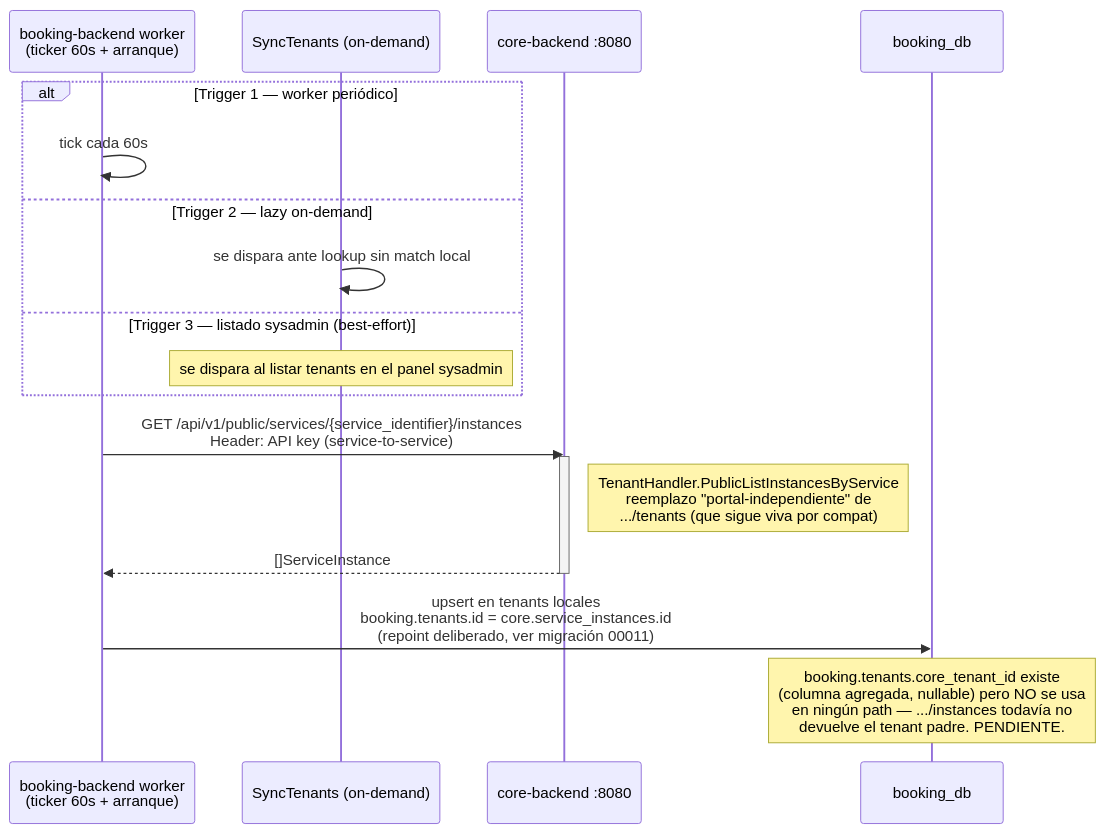
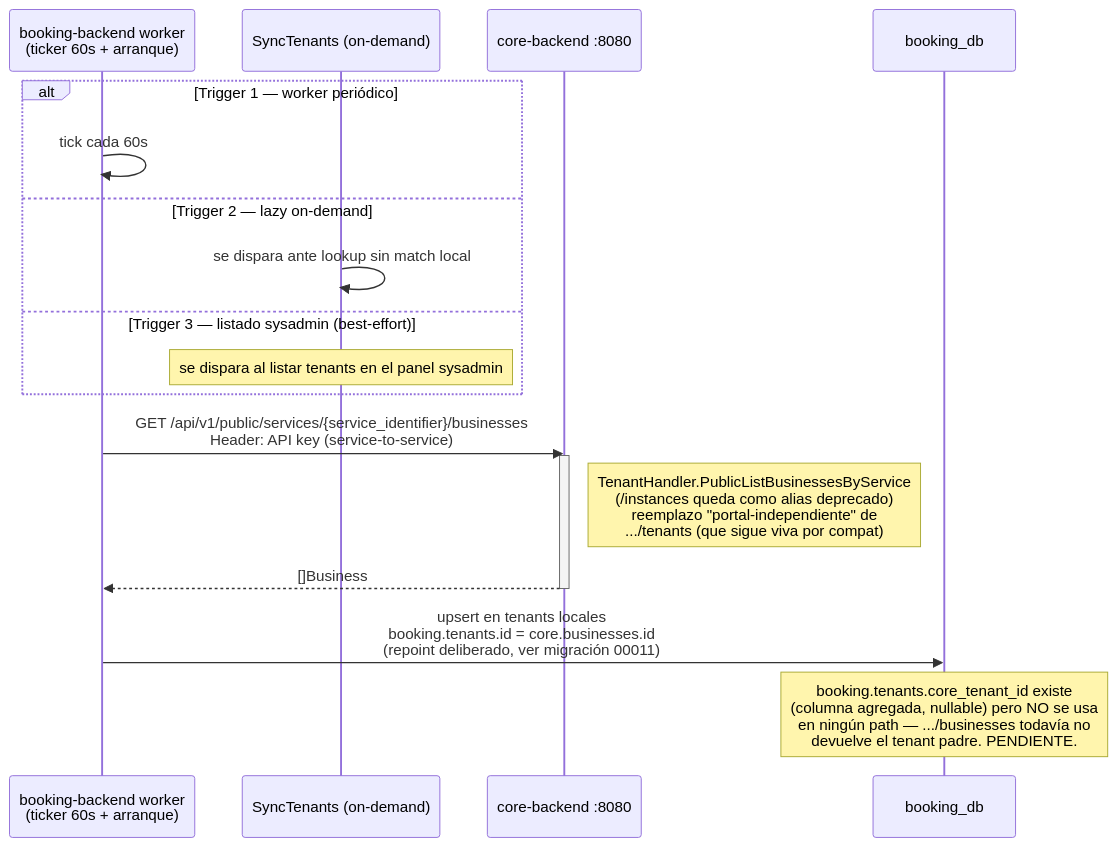
Before and after one commit to GermanMacchia/core: the tenth of 11 diagrams in docs/sistema-tenants-servicios.md, drawn with Mermaid. The commit also changed other lines of this file and 28 other files, not shown here.

First line of the commit message:
refactor(core): rename service instances to businesses

````diff
--- a/docs/sistema-tenants-servicios.md
+++ b/docs/sistema-tenants-servicios.md
@@ -318,24 +318,24 @@
 ```mermaid
 sequenceDiagram
     participant W as booking-backend worker<br/>(ticker 60s + arranque)
     participant Lazy as SyncTenants (on-demand)
     participant CB as core-backend :8080
     participant BDB as booking_db
 
     alt Trigger 1 — worker periódico
         W->>W: tick cada 60s
     else Trigger 2 — lazy on-demand
         Lazy->>Lazy: se dispara ante lookup sin match local
     else Trigger 3 — listado sysadmin (best-effort)
         Note over Lazy: se dispara al listar tenants en el panel sysadmin
     end
 
-    W->>CB: GET /api/v1/public/services/{service_identifier}/instances<br/>Header: API key (service-to-service)
+    W->>CB: GET /api/v1/public/services/{service_identifier}/businesses<br/>Header: API key (service-to-service)
     activate CB
-    Note right of CB: TenantHandler.PublicListInstancesByService<br/>reemplazo "portal-independiente" de<br/>.../tenants (que sigue viva por compat)
-    CB-->>W: []ServiceInstance
+    Note right of CB: TenantHandler.PublicListBusinessesByService<br/>(/instances queda como alias deprecado)<br/>reemplazo "portal-independiente" de<br/>.../tenants (que sigue viva por compat)
+    CB-->>W: []Business
     deactivate CB
-    W->>BDB: upsert en tenants locales<br/>booking.tenants.id = core.service_instances.id<br/>(repoint deliberado, ver migración 00011)
+    W->>BDB: upsert en tenants locales<br/>booking.tenants.id = core.businesses.id<br/>(repoint deliberado, ver migración 00011)
 
-    Note over BDB: booking.tenants.core_tenant_id existe<br/>(columna agregada, nullable) pero NO se usa<br/>en ningún path — .../instances todavía no<br/>devuelve el tenant padre. PENDIENTE.
+    Note over BDB: booking.tenants.core_tenant_id existe<br/>(columna agregada, nullable) pero NO se usa<br/>en ningún path — .../businesses todavía no<br/>devuelve el tenant padre. PENDIENTE.
 ```
````
